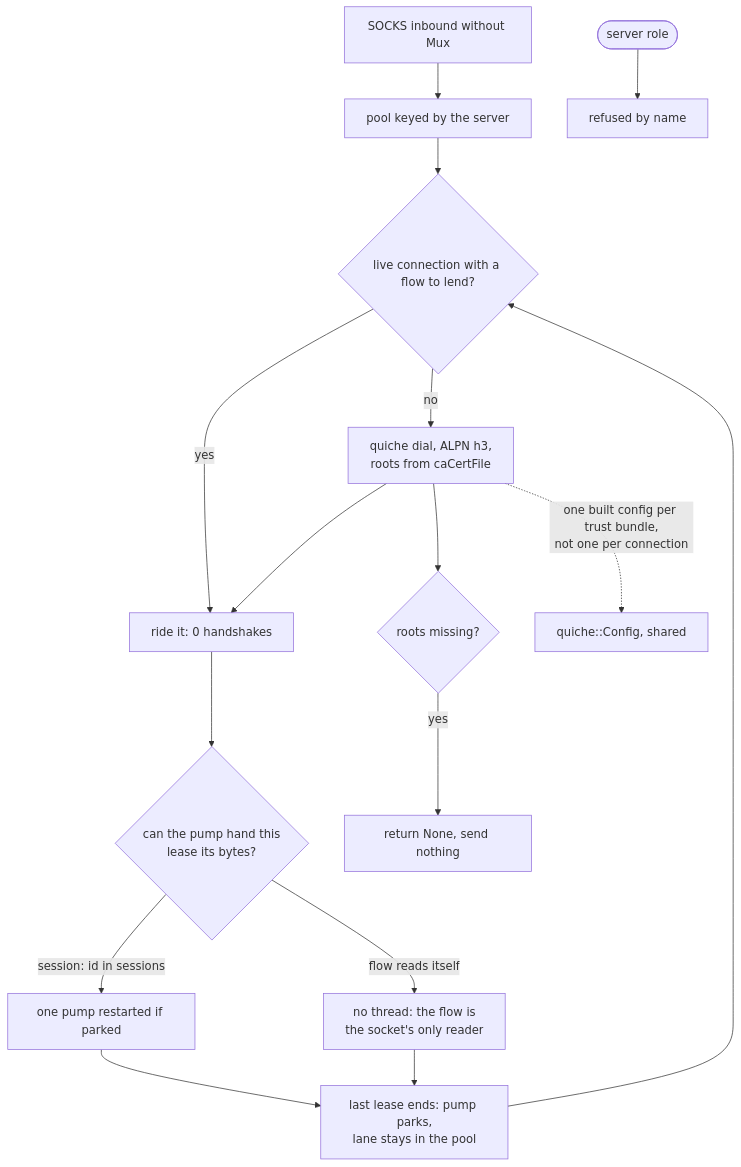
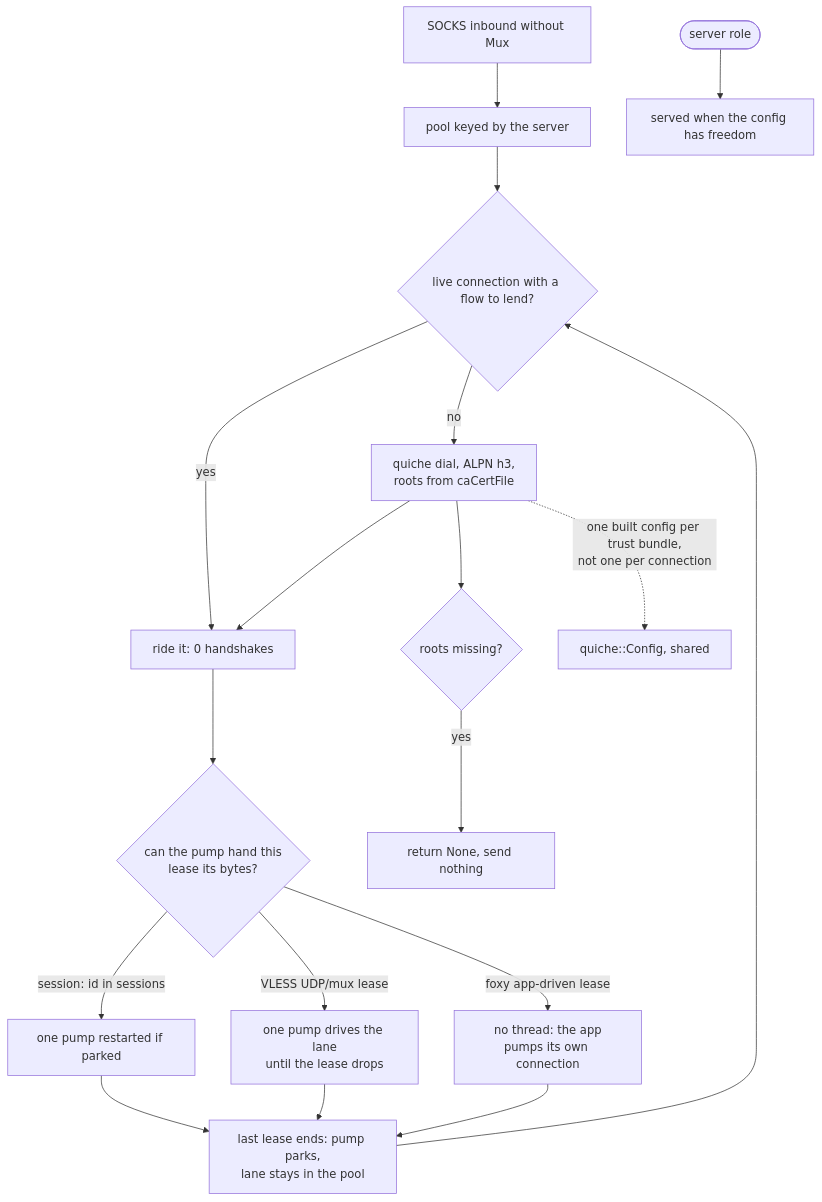
Before and after one commit to Ferrocite/ferrox: the diagram in docs/function/carrier-quic.md, drawn with Mermaid. The commit also changed other lines of this file and 5 other files, not shown here.

First line of the commit message:
vless: carry udp and mux over quic (#707)

````diff
--- a/docs/function/carrier-quic.md
+++ b/docs/function/carrier-quic.md
@@ -25,18 +25,20 @@
 ```mermaid
 graph TD
     S["SOCKS inbound without Mux"] --> P["pool keyed by the server"]
     P --> Q{"live connection with a flow to lend?"}
     Q -- yes --> U["ride it: 0 handshakes"]
     Q -- no --> D["quiche dial, ALPN h3,<br/>roots from caCertFile"]
     D --> U
     U --> V{"can the pump hand this<br/>lease its bytes?"}
     V -- "session: id in sessions" --> W["one pump restarted if parked"]
-    V -- "flow reads itself" --> Y["no thread: the flow is<br/>the socket's only reader"]
+    V -- "VLESS UDP/mux lease" --> W2["one pump drives the lane<br/>until the lease drops"]
+    V -- "foxy app-driven lease" --> Y["no thread: the app<br/>pumps its own connection"]
     W --> K["last lease ends: pump parks,<br/>lane stays in the pool"]
+    W2 --> K
     Y --> K
     K --> Q
     D --> N{"roots missing?"}
     N -- yes --> X["return None, send nothing"]
     D -. "one built config per trust bundle,<br/>not one per connection" .-> CF["quiche::Config, shared"]
-    H(["server role"]) --> R["refused by name"]
+    H(["server role"]) --> R["served when the config has freedom"]
 ```
````
